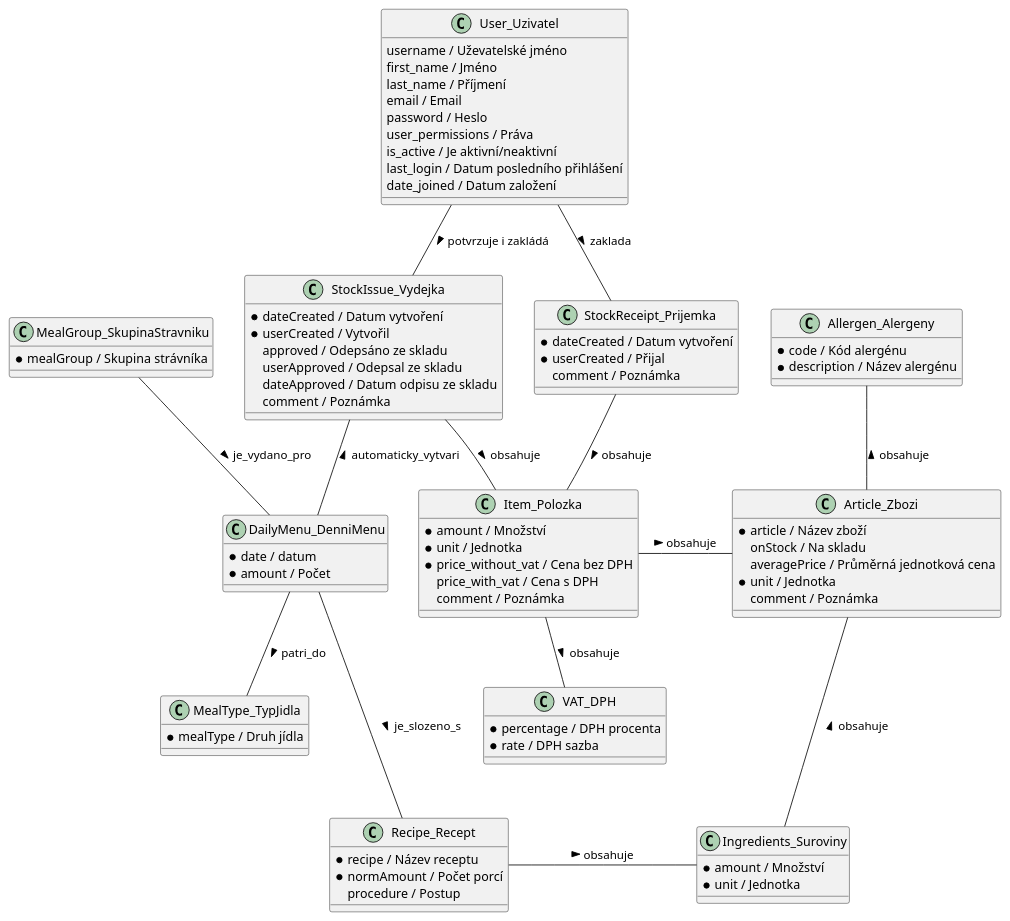
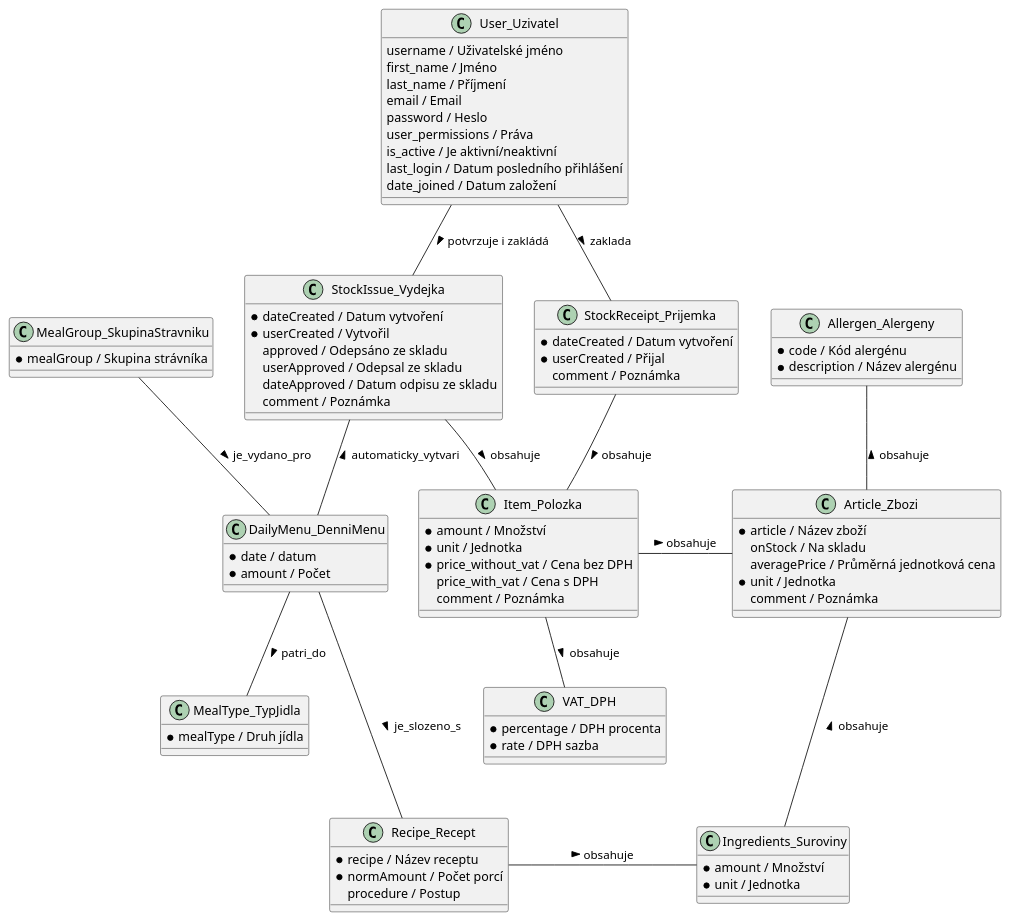
One commit to valasek/kicoma changed the diagram in docs/erd.plantuml. Above: the diagram before and after it, drawn with PlantUML. The commit also changed 2 other files, not shown here.

```diff
--- a/docs/erd.plantuml
+++ b/docs/erd.plantuml
@@ -1,101 +1,101 @@
 @startuml "KiCoMa"
 
 DailyMenu_DenniMenu --- Recipe_Recept : > je_slozeno_s
 
 MealGroup_SkupinaStravniku -- DailyMenu_DenniMenu : je_vydano_pro >
 DailyMenu_DenniMenu -[hidden] Item_Polozka
 DailyMenu_DenniMenu -- MealType_TypJidla: patri_do >
 
 Recipe_Recept - Ingredients_Suroviny : obsahuje >
 Article_Zbozi --- Ingredients_Suroviny : obsahuje <
 
 Allergen_Alergeny -- Article_Zbozi : obsahuje <
 
 StockReceipt_Prijemka -- Item_Polozka : obsahuje >
 Item_Polozka - Article_Zbozi : obsahuje >
 Item_Polozka -- VAT_DPH : obsahuje >
 
 StockIssue_Vydejka - Item_Polozka : obsahuje >
 StockIssue_Vydejka -- DailyMenu_DenniMenu : automaticky_vytvari <
 
 User_Uzivatel -- StockReceipt_Prijemka : zaklada >
 User_Uzivatel -- StockIssue_Vydejka : potvrzuje i zakládá >
 
 class VAT_DPH {
     * percentage / DPH procenta
     * rate / DPH sazba
 }
 
 class Allergen_Alergeny {
     *code / Kód alergénu
     *description / Název alergénu
 }
 
 class MealGroup_SkupinaStravniku {
     *mealGroup / Skupina strávníka
 }
 
 class MealType_TypJidla {
     *mealType / Druh jídla
 }
 
 class DailyMenu_DenniMenu {
     *date / datum
     *amount / Počet
 }
 
 class Recipe_Recept {
     *recipe / Název receptu
     *normAmount / Počet porcí
     procedure / Postup
 }
 
 class Ingredients_Suroviny {
     *amount / Množství
     *unit / Jednotka
 }
 
 class Article_Zbozi {
     *article / Název zboží
     onStock / Na skladu
     averagePrice / Průměrná jednotková cena
     *unit / Jednotka
     comment / Poznámka
 }
 
 class Item_Polozka {
     *amount / Množství
     *unit / Jednotka
     *price_without_vat / Cena bez DPH
     price_with_vat / Cena s DPH
     comment / Poznámka
 }
 
 class StockReceipt_Prijemka {
     * dateCreated / Datum vytvoření
     * userCreated / Přijal
     comment / Poznámka
 }
 
 class StockIssue_Vydejka {
     * dateCreated / Datum vytvoření
     * userCreated / Vytvořil
     approved / Odepsáno ze skladu
     userApproved / Odepsal ze skladu
     dateApproved / Datum odpisu ze skladu
     comment / Poznámka
 }
 
 class User_Uzivatel {
-    username / Uževatelské jméno
+    username / Uživatelské jméno
     first_name / Jméno
     last_name / Příjmení
     email / Email
     password / Heslo
     user_permissions / Práva
     is_active / Je aktivní/neaktivní
     last_login / Datum posledního přihlášení
     date_joined / Datum založení
 }
 
 @enduml
```
